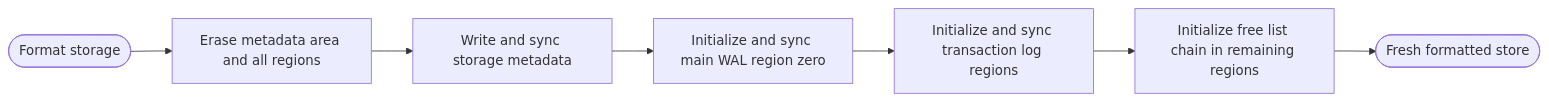
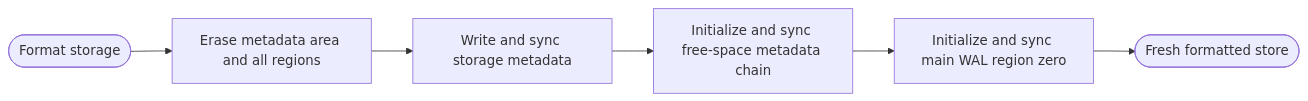
The second of 3 diagrams in spec/ring/08-durability-formatting.md (moore/borromean), drawn with Mermaid before and after one commit. The commit also changed other lines of this file and 10 other files, not shown here.

````diff
--- a/spec/ring/08-durability-formatting.md
+++ b/spec/ring/08-durability-formatting.md
@@ -292,13 +365,12 @@
 ```mermaid
 %%{init: {"flowchart": {"wrappingWidth": 180}} }%%
 flowchart LR
     Start([Format storage])
     Erase["`Erase metadata area and all regions`"]
     WriteMeta["`Write and sync storage metadata`"]
+    InitFree["`Initialize and sync free-space metadata chain`"]
     InitWal["`Initialize and sync main WAL region zero`"]
-    InitTx["`Initialize and sync transaction log regions`"]
-    InitFree["`Initialize free list chain in remaining regions`"]
     Fresh([Fresh formatted store])
 
-    Start --> Erase --> WriteMeta --> InitWal --> InitTx --> InitFree --> Fresh
+    Start --> Erase --> WriteMeta --> InitFree --> InitWal --> Fresh
 ```
````
